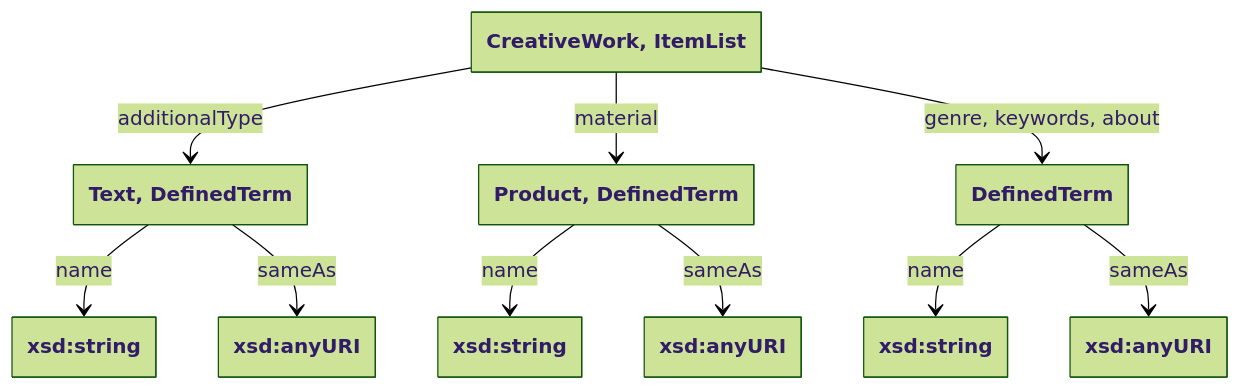
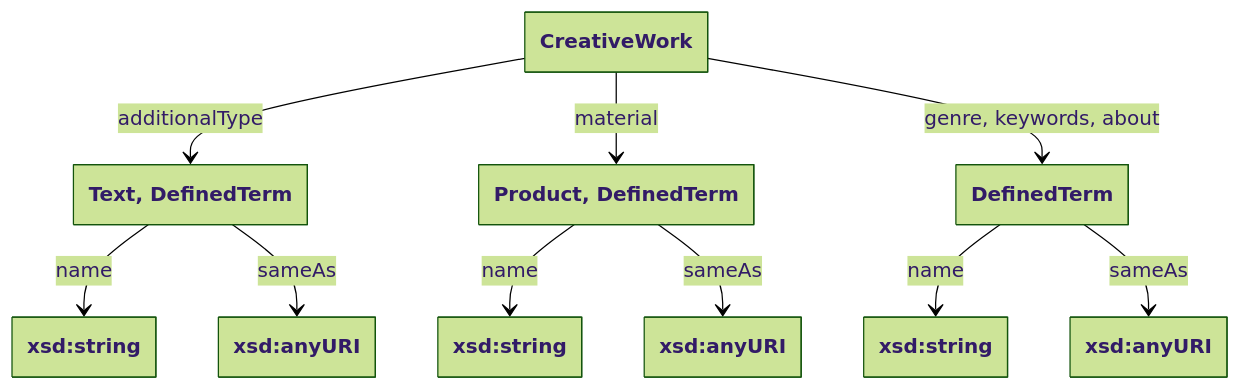
The sixth of 7 diagrams in README.md (collectienederland/schema-profile), drawn with Mermaid before and after one commit. The commit also changed other lines of this file, not shown here.

````diff
--- a/README.md
+++ b/README.md
@@ -215,31 +212,31 @@
-```mermaid
+<pre class="mermaid">
 ---
   config:
     theme: forest
     class:
       hideEmptyMembersBox: true
 ---
 classDiagram
-class creativework["CreativeWork, ItemList"]
+class creativework["CreativeWork"]
 
 class additional["Text, DefinedTerm"]
 class lit_27["xsd:string"]
 class lit_28["xsd:anyURI"]
 creativework --> additional: additionalType
 additional --> lit_27: name
 additional --> lit_28: sameAs
 
 class product["Product, DefinedTerm"]
 class lit_0["xsd:string"]
 class lit_2["xsd:anyURI"]
 creativework --> product: material
 product --> lit_0: name
 product --> lit_2: sameAs
 
 class defterm["DefinedTerm"]
 class lit_29["xsd:string"]
 class lit_30["xsd:anyURI"]
 creativework --> defterm: genre, keywords, about
 defterm --> lit_29: name
 defterm --> lit_30: sameAs
-```
+</pre>
````
